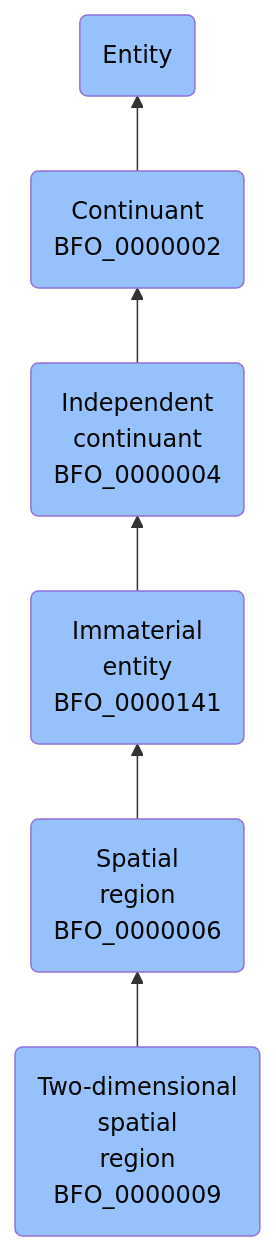
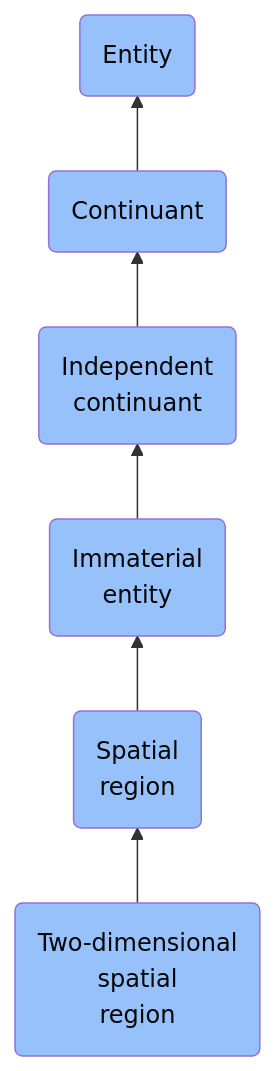
The diagram in docs/ontology/reference/model/Entity/Continuant/Independent continuant/Immaterial entity/Spatial region/Two-dimensional spatial region/Two-dimensional spatial region.md (jupyter-naas/abi), drawn with Mermaid before and after one commit. The commit also changed other lines of this file and 1430 other files, not shown here.

````diff
--- a/docs/ontology/reference/model/Entity/Continuant/Independent continuant/Immaterial entity/Spatial region/Two-dimensional spatial region/Two-dimensional spatial region.md
+++ b/docs/ontology/reference/model/Entity/Continuant/Independent continuant/Immaterial entity/Spatial region/Two-dimensional spatial region/Two-dimensional spatial region.md
@@ -24,13 +24,13 @@
 ```mermaid
 graph BT
-    BFO_0000009(Two-dimensional<br>spatial<br>region<br>BFO_0000009):::BFO-->BFO_0000006
-    BFO_0000006(Spatial<br>region<br>BFO_0000006):::BFO-->BFO_0000141
-    BFO_0000141(Immaterial<br>entity<br>BFO_0000141):::BFO-->BFO_0000004
-    BFO_0000004(Independent<br>continuant<br>BFO_0000004):::BFO-->BFO_0000002
-    BFO_0000002(Continuant<br>BFO_0000002):::BFO-->BFO_0000001
+    BFO_0000009(Two-dimensional<br>spatial<br>region):::BFO-->BFO_0000006
+    BFO_0000006(Spatial<br>region):::BFO-->BFO_0000141
+    BFO_0000141(Immaterial<br>entity):::BFO-->BFO_0000004
+    BFO_0000004(Independent<br>continuant):::BFO-->BFO_0000002
+    BFO_0000002(Continuant):::BFO-->BFO_0000001
     BFO_0000001(Entity):::BFO
     
     classDef BFO fill:#97c1fb,color:#060606
     classDef CCO fill:#e4c51e,color:#060606
     classDef ABI fill:#48DD82,color:#060606
 ```
````
